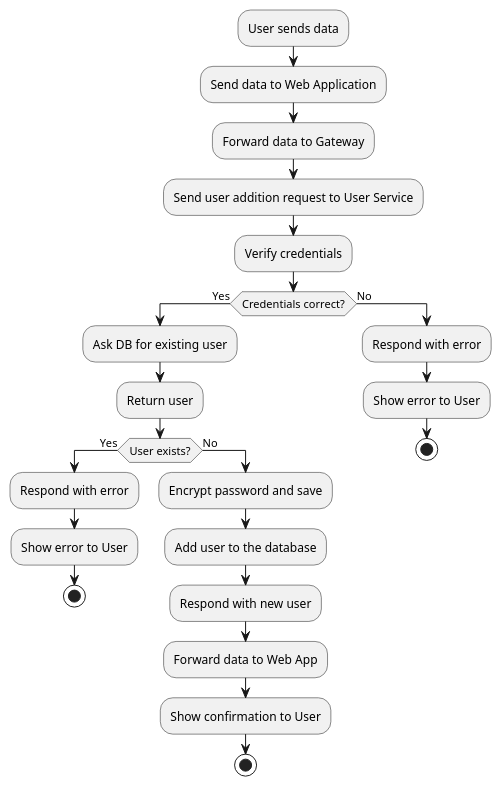
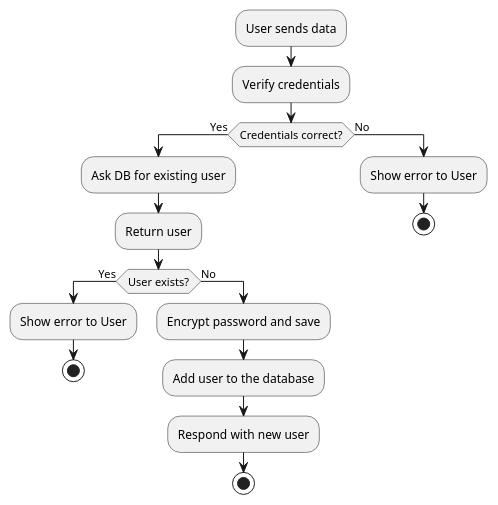
The first of 3 diagrams in docs/src/06_runtime_view.adoc (Arquisoft/wichat_en2b), drawn with PlantUML before and after one commit. The commit also changed other lines of this file, not shown here.

Commit message:
#140 - Reviewed runtime (also simplified diagrams)

```diff
--- a/docs/src/06_runtime_view.adoc
+++ b/docs/src/06_runtime_view.adoc
@@ -11,31 +11,24 @@
 [plantuml,"Register diagram",png]
 ----
 :User sends data;
-:Send data to Web Application;
-:Forward data to Gateway;
-:Send user addition request to User Service;
 :Verify credentials;
 
 if (Credentials correct?) then (Yes)
     :Ask DB for existing user;
     :Return user;
 
     if (User exists?) then (Yes)
-        :Respond with error;
         :Show error to User;
         stop
     else (No)
         :Encrypt password and save;
         :Add user to the database;
         :Respond with new user;
-        :Forward data to Web App;
-        :Show confirmation to User;
         stop
     endif
 else (No)
-    :Respond with error;
     :Show error to User;
     stop
 endif
 
 ----
```
